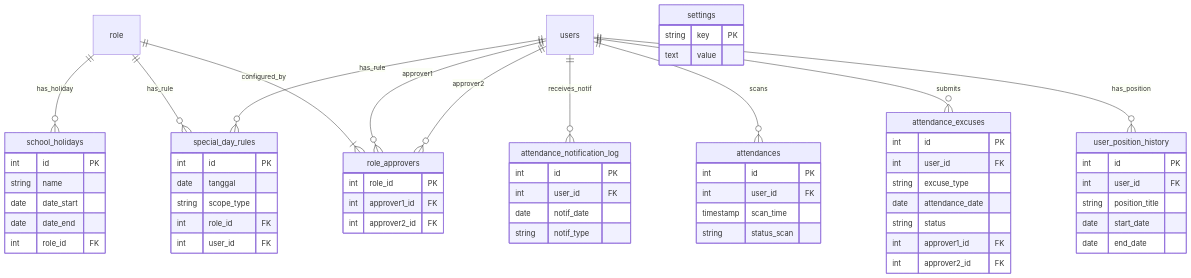
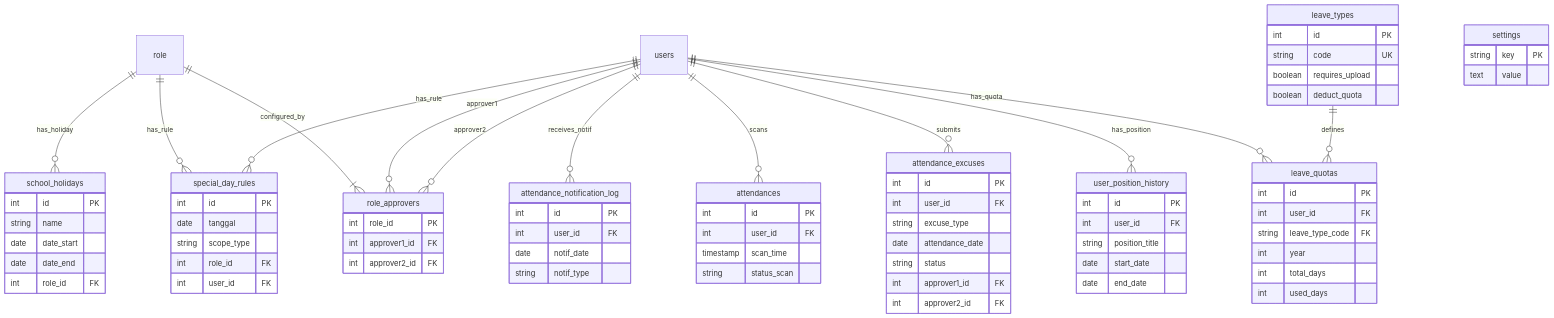
One commit to hanskristianw/school-admin changed the fifth of 7 diagrams in DATABASE_SCHEMA.md. Above: the diagram before and after it, drawn with Mermaid. The commit also changed other lines of this file and 1 other file, not shown here.

Commit message:
perbaikan error ketika upload

````diff
--- a/DATABASE_SCHEMA.md
+++ b/DATABASE_SCHEMA.md
@@ -727,6 +753,8 @@
     users ||--o{ attendances : "scans"
     users ||--o{ attendance_excuses : "submits"
     users ||--o{ user_position_history : "has_position"
+    users ||--o{ leave_quotas : "has_quota"
+    leave_types ||--o{ leave_quotas : "defines"
 
     school_holidays {
         int id PK
@@ -786,4 +814,20 @@
         date notif_date
         string notif_type
     }
+
+    leave_types {
+        int id PK
+        string code UK
+        boolean requires_upload
+        boolean deduct_quota
+    }
+
+    leave_quotas {
+        int id PK
+        int user_id FK
+        string leave_type_code FK
+        int year
+        int total_days
+        int used_days
+    }
 ```
````
